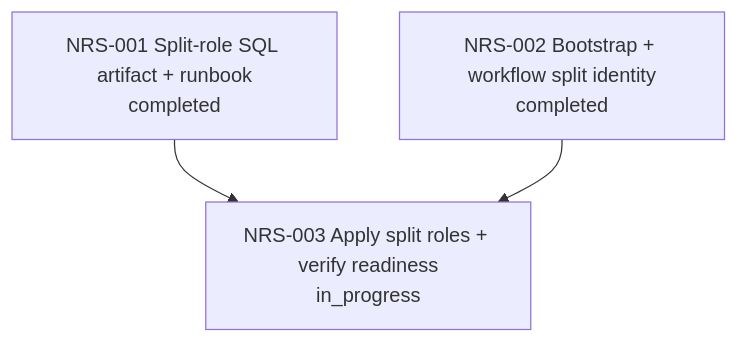
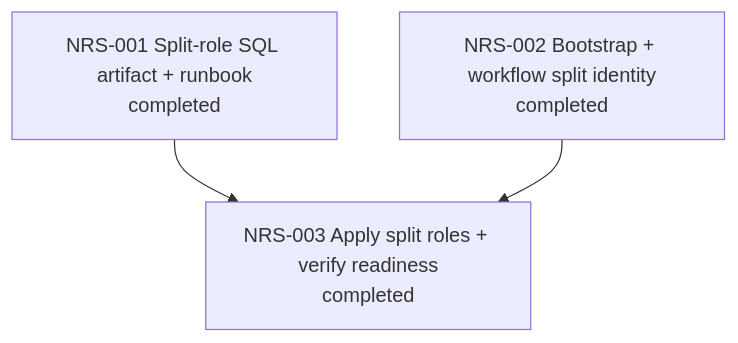
The seventh of 7 diagrams in agent-workflow/WORK_GRAPH.md (allenljf/algorithm-learning), drawn with Mermaid before and after one commit. The commit also changed other lines of this file and 3 other files, not shown here.

Commit message:
chore: close out NRS-003 split release with proven DDL denial

````diff
--- a/agent-workflow/WORK_GRAPH.md
+++ b/agent-workflow/WORK_GRAPH.md
@@ -164,9 +164,9 @@
 ```mermaid
 flowchart TD
   R1[NRS-001 Split-role SQL artifact + runbook\ncompleted]
   R2[NRS-002 Bootstrap + workflow split identity\ncompleted]
-  R3[NRS-003 Apply split roles + verify readiness\nin_progress]
+  R3[NRS-003 Apply split roles + verify readiness\ncompleted]
 
   R1 --> R3
   R2 --> R3
 ```
````
